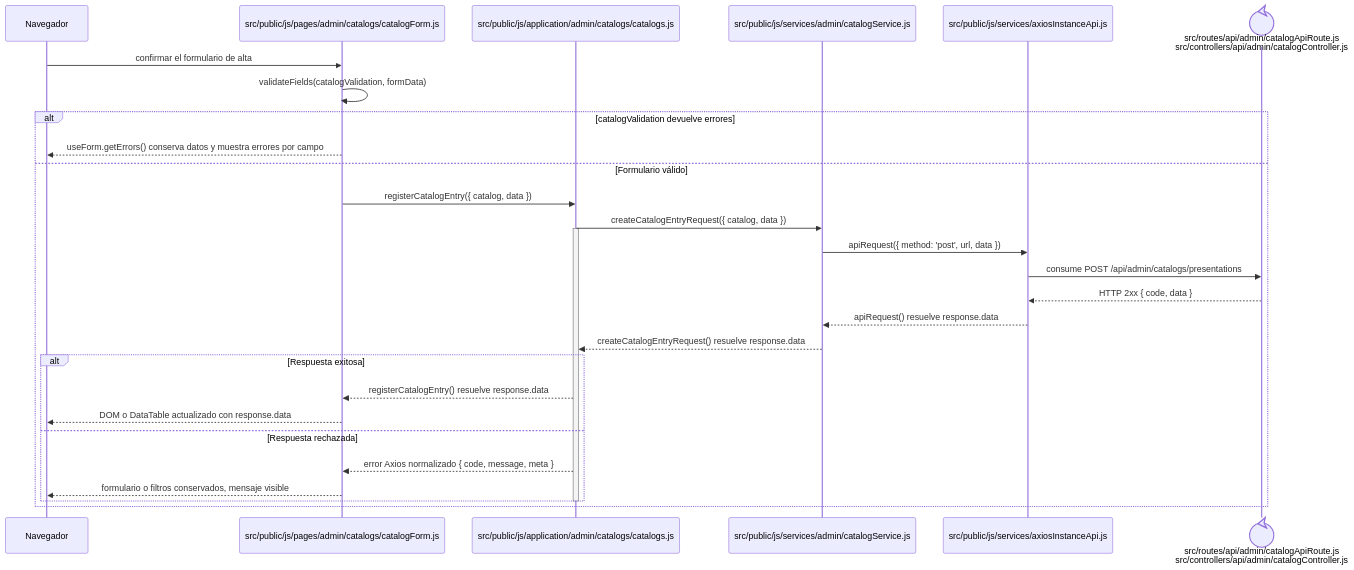
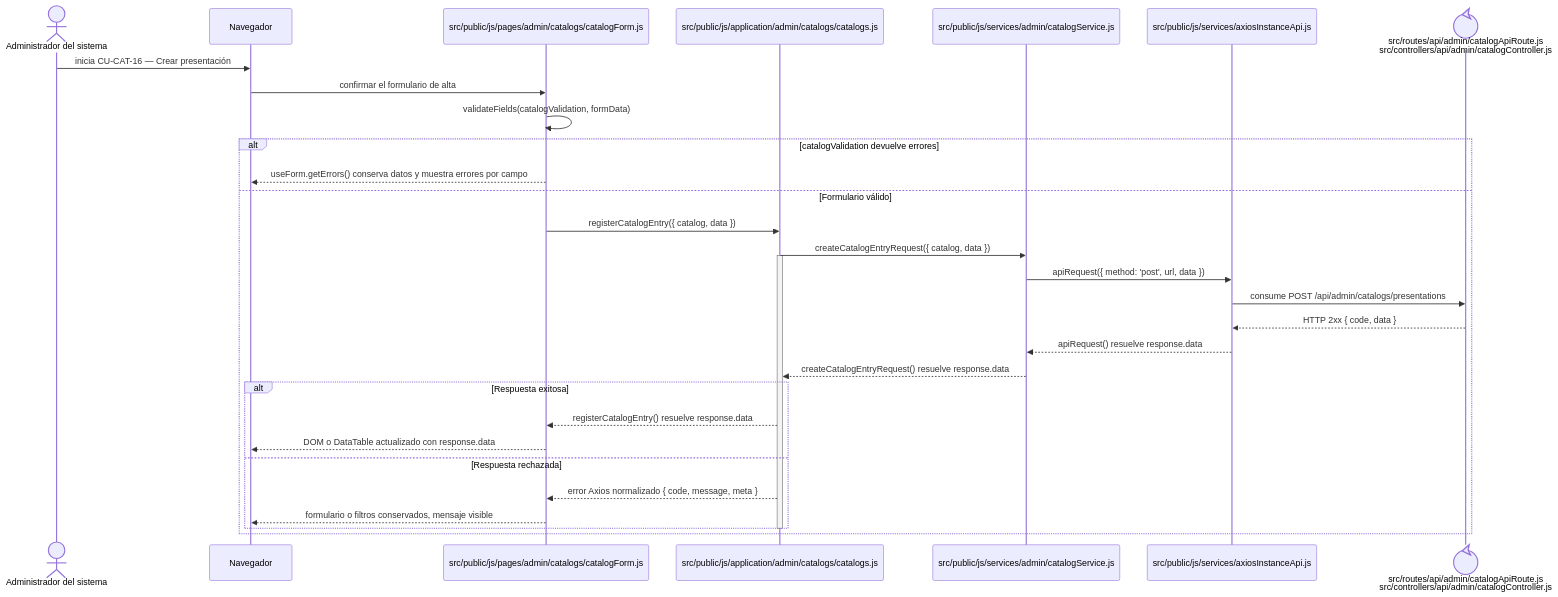
Before and after one commit to gpgsistemas01/nexus: the diagram in docs/architecture/frontend-code-sequences/catalogs/cu-cat-16.md, drawn with Mermaid. The commit also changed 105 other files, not shown here.

````diff
--- a/docs/architecture/frontend-code-sequences/catalogs/cu-cat-16.md
+++ b/docs/architecture/frontend-code-sequences/catalogs/cu-cat-16.md
@@ -6,32 +6,34 @@
 ```mermaid
 sequenceDiagram
+    actor Initiator as Administrador del sistema
     participant Browser as Navegador
     participant View as src/public/js/pages/admin/catalogs/catalogForm.js
     participant Application as src/public/js/application/admin/catalogs/catalogs.js
     participant Request as src/public/js/services/admin/catalogService.js
     participant HTTP as src/public/js/services/axiosInstanceApi.js
     participant Transport@{ "type": "control" } as src/routes/api/admin/catalogApiRoute.js<br/>src/controllers/api/admin/catalogController.js
 
+    Initiator->>Browser: inicia CU-CAT-16 — Crear presentación
     Browser->>View: confirmar el formulario de alta
     View->>View: validateFields(catalogValidation, formData)
     alt catalogValidation devuelve errores
         View-->>Browser: useForm.getErrors() conserva datos y muestra errores por campo
     else Formulario válido
         View->>Application: registerCatalogEntry({ catalog, data })
         Application->>Request: createCatalogEntryRequest({ catalog, data })
         activate Application
         Request->>HTTP: apiRequest({ method: 'post', url, data })
         HTTP->>Transport: consume POST /api/admin/catalogs/presentations
         Transport-->>HTTP: HTTP 2xx { code, data }
         HTTP-->>Request: apiRequest() resuelve response.data
         Request-->>Application: createCatalogEntryRequest() resuelve response.data
         alt Respuesta exitosa
             Application-->>View: registerCatalogEntry() resuelve response.data
             View-->>Browser: DOM o DataTable actualizado con response.data
         else Respuesta rechazada
             Application-->>View: error Axios normalizado { code, message, meta }
             View-->>Browser: formulario o filtros conservados, mensaje visible
         end
         deactivate Application
     end
 ```
````
